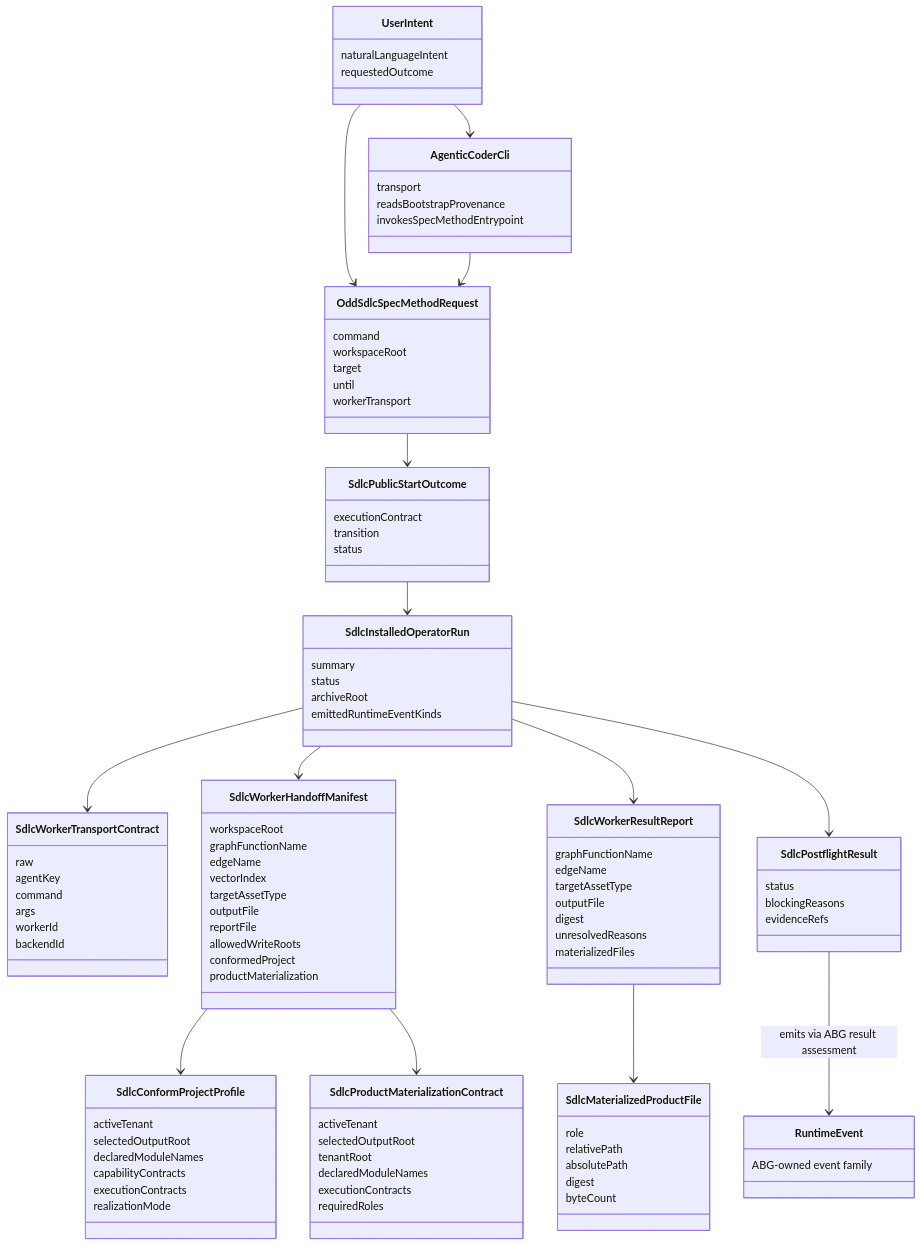
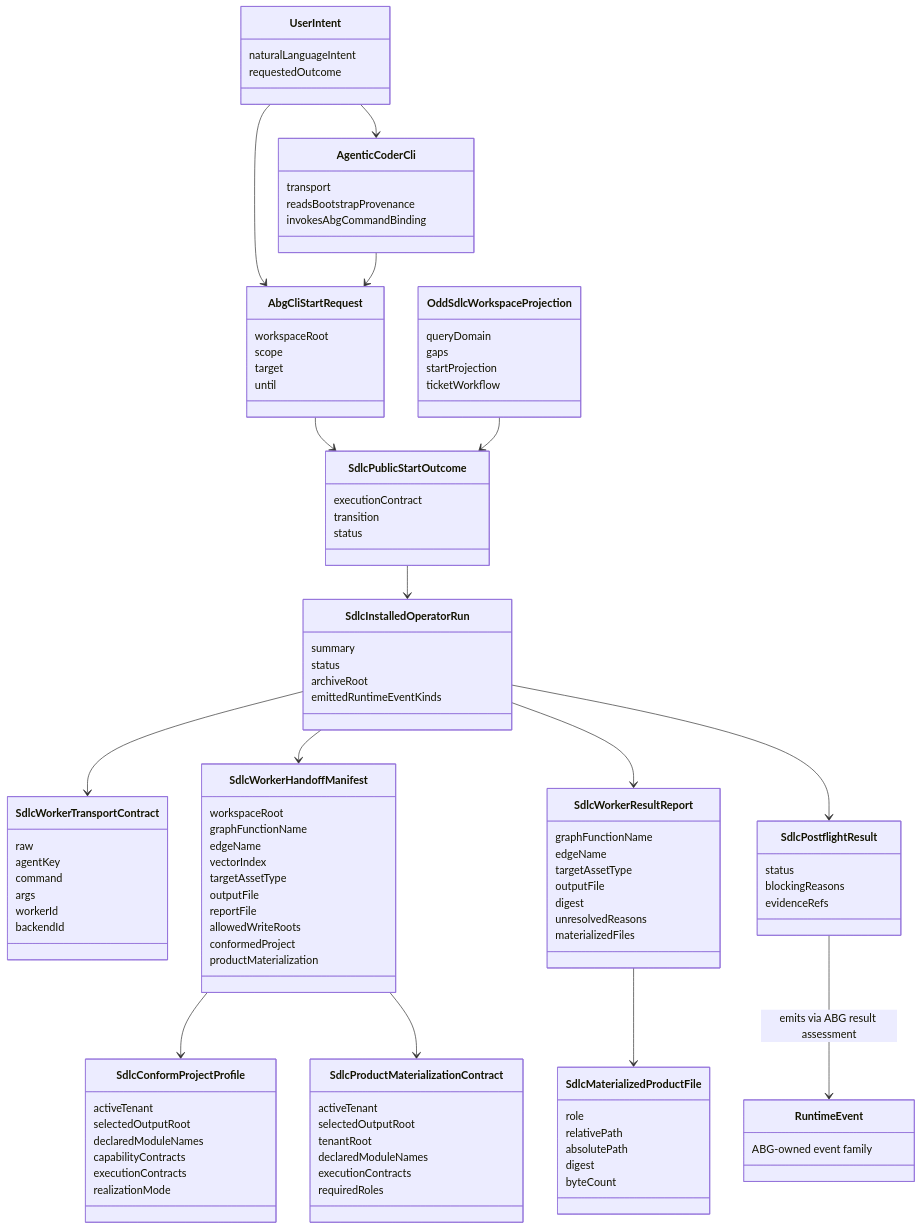
One commit to foolishimp/odd_sdlc changed the diagram in build_tenants/typescript/design/ODD_SDLC_TYPESCRIPT_INSTALLED_OPERATOR_UX.md. Above: the diagram before and after it, drawn with Mermaid. The commit also changed other lines of this file and 53 other files, not shown here.

Commit message:
checkpoint: decommission odd sdlc command surface

```diff
--- a/build_tenants/typescript/design/ODD_SDLC_TYPESCRIPT_INSTALLED_OPERATOR_UX.md
+++ b/build_tenants/typescript/design/ODD_SDLC_TYPESCRIPT_INSTALLED_OPERATOR_UX.md
@@ -49,15 +52,21 @@
   class AgenticCoderCli {
     transport
     readsBootstrapProvenance
-    invokesSpecMethodEntrypoint
+    invokesAbgCommandBinding
   }
 
-  class OddSdlcSpecMethodRequest {
-    command
+  class AbgCliStartRequest {
     workspaceRoot
+    scope
     target
     until
-    workerTransport
+  }
+
+  class OddSdlcWorkspaceProjection {
+    queryDomain
+    gaps
+    startProjection
+    ticketWorkflow
   }
 
   class SdlcPublicStartOutcome {
@@ -142,9 +151,10 @@
   }
 
   UserIntent --> AgenticCoderCli
-  UserIntent --> OddSdlcSpecMethodRequest
-  AgenticCoderCli --> OddSdlcSpecMethodRequest
-  OddSdlcSpecMethodRequest --> SdlcPublicStartOutcome
+  UserIntent --> AbgCliStartRequest
+  AgenticCoderCli --> AbgCliStartRequest
+  AbgCliStartRequest --> SdlcPublicStartOutcome
+  OddSdlcWorkspaceProjection --> SdlcPublicStartOutcome
   SdlcPublicStartOutcome --> SdlcInstalledOperatorRun
   SdlcInstalledOperatorRun --> SdlcWorkerTransportContract
   SdlcInstalledOperatorRun --> SdlcWorkerHandoffManifest
```
